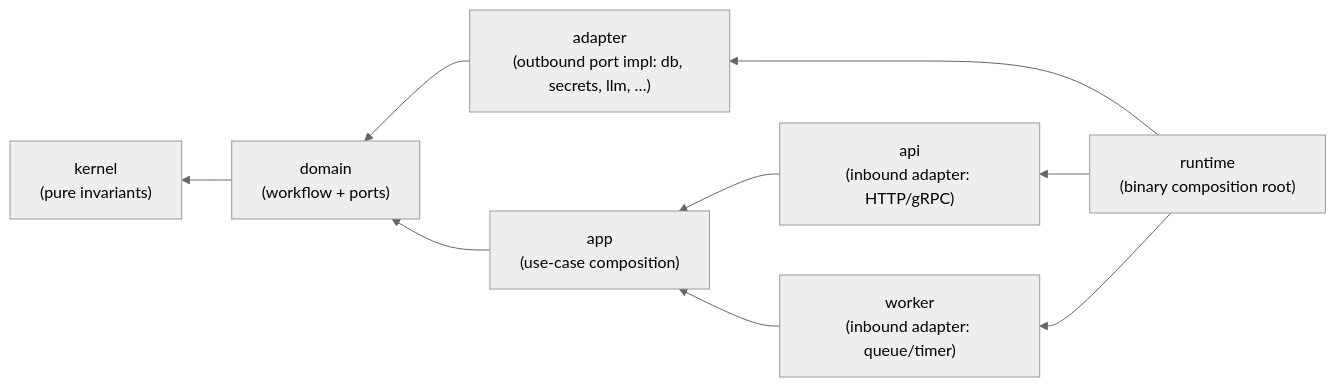
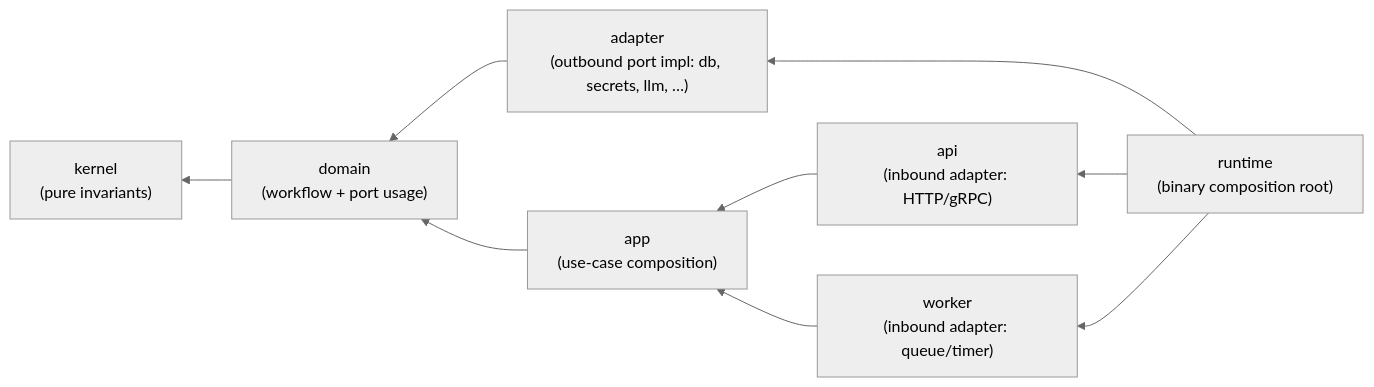
Before and after one commit to oyatie/oyatie: the diagram in docs/standards/clean-architecture.md, drawn with Mermaid (neutral theme). The commit also changed other lines of this file and 3 other files, not shown here.

````diff
--- a/docs/standards/clean-architecture.md
+++ b/docs/standards/clean-architecture.md
@@ -72,19 +72,19 @@
 ```mermaid
 flowchart RL
     runtime["runtime<br/>(binary composition root)"]
     api["api<br/>(inbound adapter: HTTP/gRPC)"]
     worker["worker<br/>(inbound adapter: queue/timer)"]
     adapter["adapter<br/>(outbound port impl: db, secrets, llm, …)"]
     app["app<br/>(use-case composition)"]
-    domain["domain<br/>(workflow + ports)"]
+    domain["domain<br/>(workflow + port usage)"]
     kernel["kernel<br/>(pure invariants)"]
 
     runtime --> api
     runtime --> worker
     runtime --> adapter
     api --> app
     worker --> app
     adapter --> domain
     app --> domain
     domain --> kernel
 ```
````
